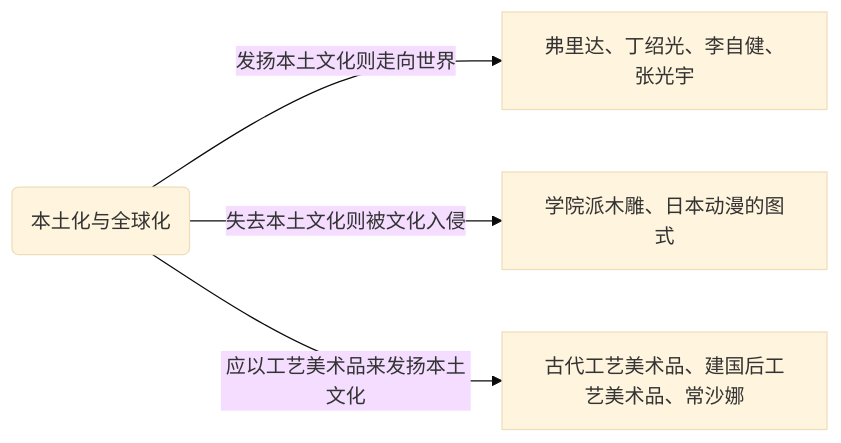
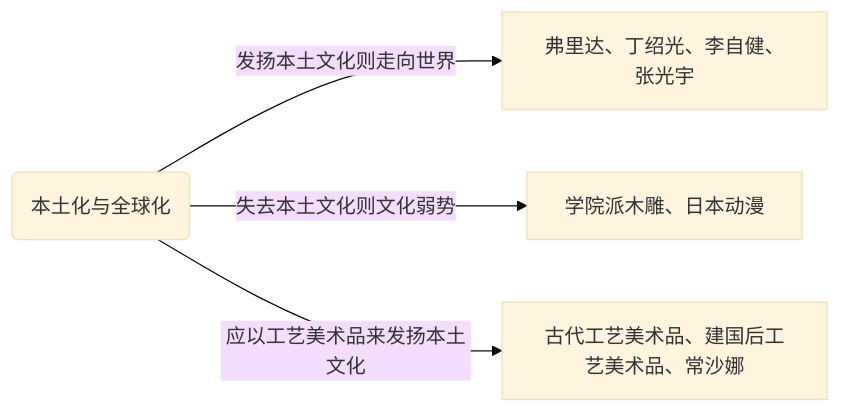
The diagram in 论述语料/民族与世界.md (LyraT57/621), drawn with Mermaid (base theme) before and after one commit. The commit also changed other lines of this file, not shown here.

````diff
--- a/论述语料/民族与世界.md
+++ b/论述语料/民族与世界.md
@@ -25,7 +25,7 @@
 ```mermaid
 graph LR
 C(本土化与全球化)
     C -->|发扬本土文化则走向世界| D[弗里达、丁绍光、李自健、张光宇]
-    C -->|失去本土文化则被文化入侵| E[学院派木雕、日本动漫的图式]
+    C -->|失去本土文化则文化弱势| E[学院派木雕、日本动漫]
     C -->|应以工艺美术品来发扬本土文化| F[古代工艺美术品、建国后工艺美术品、常沙娜]
 ```
````
